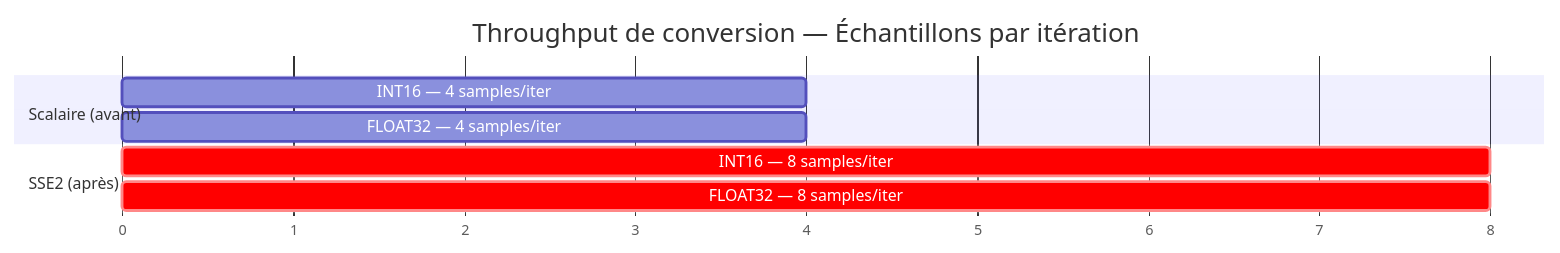
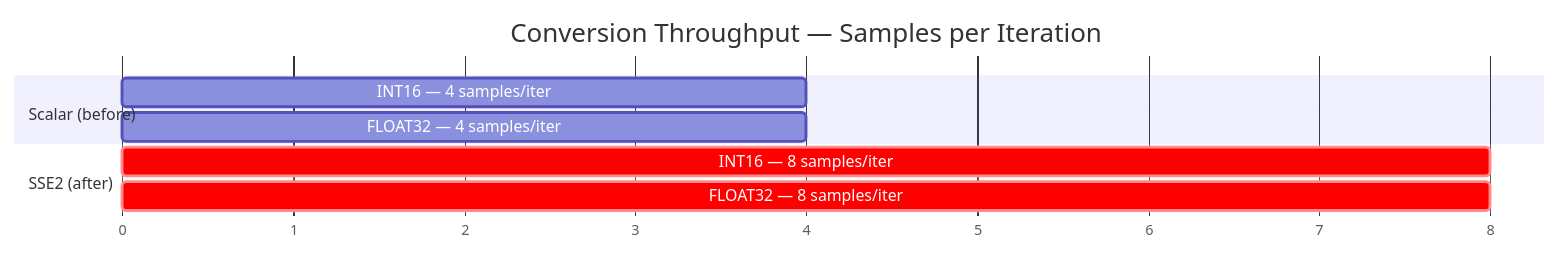
The fourth of 11 diagrams in OPTIMIZATIONS-F4TNK.md (f4tnk/airspyone_host), drawn with Mermaid before and after one commit. The commit also changed other lines of this file, not shown here.

````diff
--- a/OPTIMIZATIONS-F4TNK.md
+++ b/OPTIMIZATIONS-F4TNK.md
@@ -207,14 +207,14 @@
 ```mermaid
 gantt
-    title Throughput de conversion — Échantillons par itération
+    title Conversion Throughput — Samples per Iteration
     dateFormat X
     axisFormat %s
 
-    section Scalaire (avant)
+    section Scalar (before)
     INT16 — 4 samples/iter   :a1, 0, 4
     FLOAT32 — 4 samples/iter :a2, 0, 4
 
-    section SSE2 (après)
+    section SSE2 (after)
     INT16 — 8 samples/iter   :crit, b1, 0, 8
     FLOAT32 — 8 samples/iter :crit, b2, 0, 8
 ```
````
